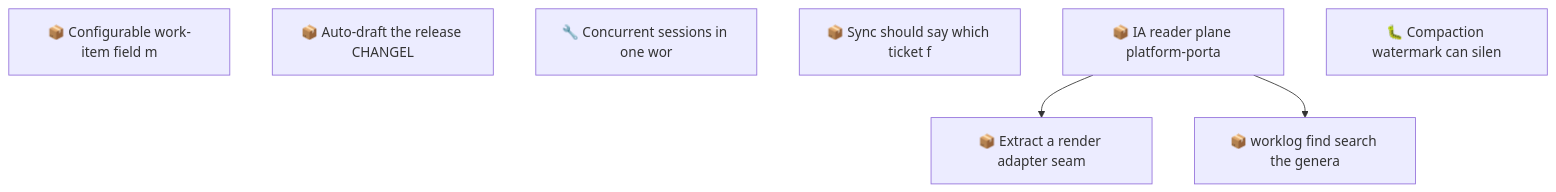
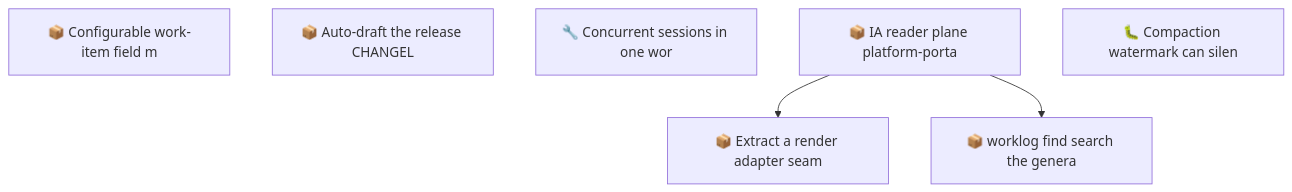
The second of 2 diagrams in docs/roadmap.md (SpillwaveSolutions/wiki_ticket_sdd), drawn with Mermaid before and after one commit. The commit also changed other lines of this file and 9 other files, not shown here.

First line of the commit message:
feat(sync): name the live ticket fields a push replaces (#238)

````diff
--- a/docs/roadmap.md
+++ b/docs/roadmap.md
@@ -71,13 +69,12 @@
 ```mermaid
 graph TD
     01KY5NE0ZYGBWG44N0KPEBFCZ8["📦 Configurable work-item field m"]
     01KYAC0AC01R4C6W7YY1X8NVRV["📦 Auto-draft the release CHANGEL"]
     01KYNHEV5GCR1MDNECAXFT0GK2["🔧 Concurrent sessions in one wor"]
-    01KYNHEVDSD4BTASXCTV88Q80Q["📦 Sync should say which ticket f"]
     01KYWGM3KPNQNSWV03FRG23ADB["📦 IA reader plane platform-porta"]
     01KYWGM3R13Q33YZ3PJA3V7QMD["📦 Extract a render adapter seam"]
     01KYWGM3W958F3QK4HB52X1Q1X["📦 worklog find search the genera"]
     01KYZ5CY9PS60BYH1E07DF5C9P["🐛 Compaction watermark can silen"]
     01KYWGM3KPNQNSWV03FRG23ADB --> 01KYWGM3R13Q33YZ3PJA3V7QMD
     01KYWGM3KPNQNSWV03FRG23ADB --> 01KYWGM3W958F3QK4HB52X1Q1X
 ```
````
